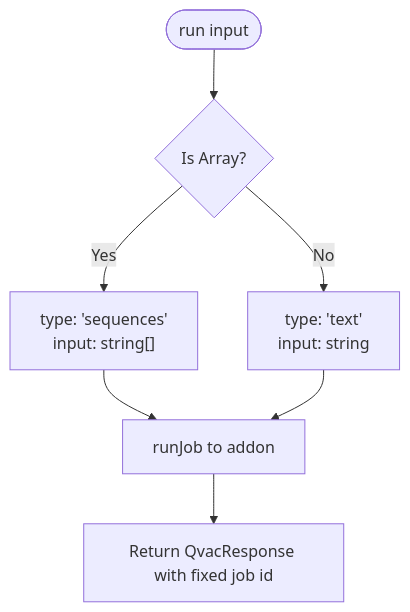
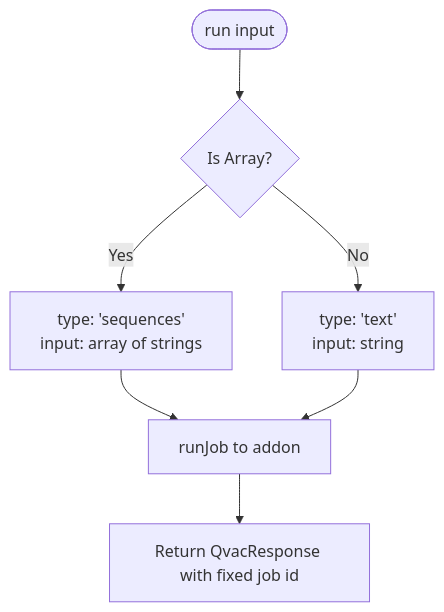
The eighth of 9 diagrams in packages/qvac-lib-infer-llamacpp-embed/docs/data-flows-detailed.md (donriddo/qvac), drawn with Mermaid before and after one commit.

Commit message:
doc: fix flowchart mermaid parse error in data-flows
Inner [] inside the quoted flowchart node label ('input: string[]')
tripped the mermaid parser on GitHub's renderer. Swap for plain English
so the diagram renders.

````diff
--- a/packages/qvac-lib-infer-llamacpp-embed/docs/data-flows-detailed.md
+++ b/packages/qvac-lib-infer-llamacpp-embed/docs/data-flows-detailed.md
@@ -337,9 +337,9 @@
 ```mermaid
 flowchart TD
     Start([run input]) --> CheckType{Is Array?}
-    CheckType -->|Yes| ArrayPath["type: 'sequences'<br/>input: string[]"]
+    CheckType -->|Yes| ArrayPath["type: 'sequences'<br/>input: array of strings"]
     CheckType -->|No| StringPath["type: 'text'<br/>input: string"]
     ArrayPath --> RunJob[runJob to addon]
     StringPath --> RunJob
     RunJob --> Return[Return QvacResponse with fixed job id]
 ```
````
